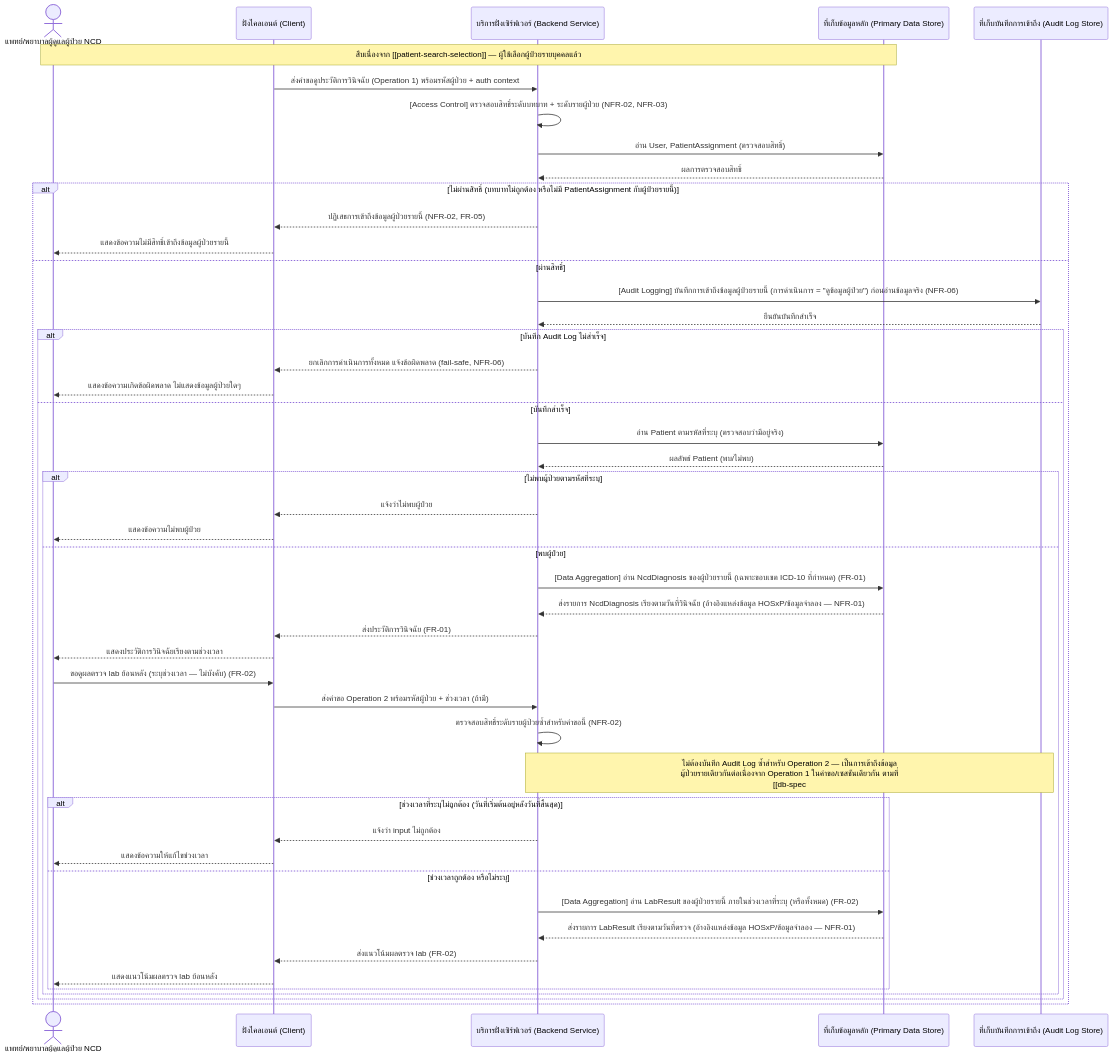
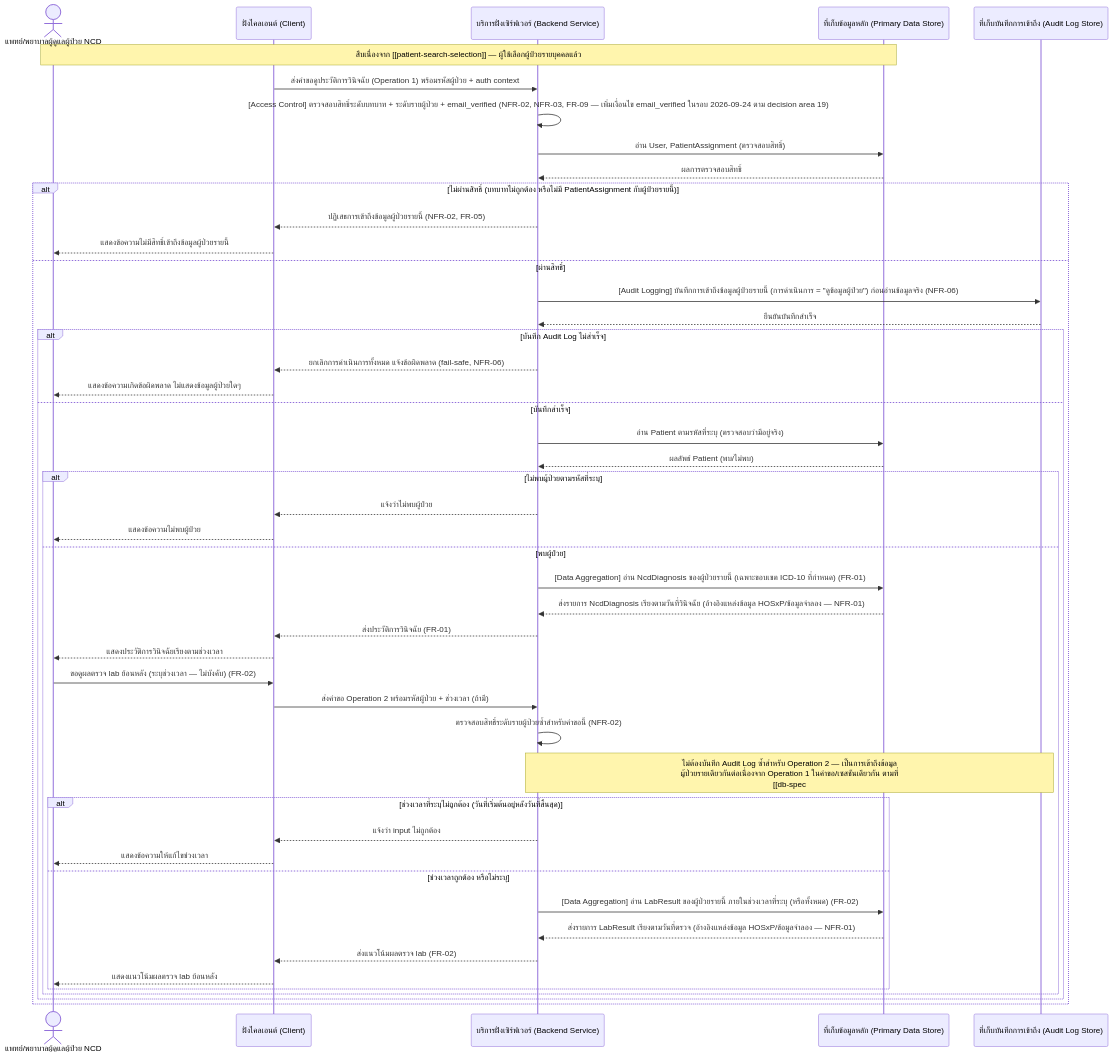
One commit to fadtypat/track-ncds changed the diagram in docs/02-design/02-technical/detailed-design/patient-ncd-diagnosis-lab-history.md. Above: the diagram before and after it, drawn with Mermaid. The commit also changed other lines of this file and 41 other files, not shown here.

````diff
--- a/docs/02-design/02-technical/detailed-design/patient-ncd-diagnosis-lab-history.md
+++ b/docs/02-design/02-technical/detailed-design/patient-ncd-diagnosis-lab-history.md
@@ -40,51 +46,51 @@
 ```mermaid
 sequenceDiagram
     actor User as แพทย์/พยาบาลผู้ดูแลผู้ป่วย NCD
     participant Client as ฝั่งไคลเอนต์ (Client)
     participant Backend as บริการฝั่งเซิร์ฟเวอร์ (Backend Service)
     participant Store as ที่เก็บข้อมูลหลัก (Primary Data Store)
     participant AuditStore as ที่เก็บบันทึกการเข้าถึง (Audit Log Store)
 
     Note over User,Store: สืบเนื่องจาก [[patient-search-selection]] — ผู้ใช้เลือกผู้ป่วยรายบุคคลแล้ว
 
     Client->>Backend: ส่งคำขอดูประวัติการวินิจฉัย (Operation 1) พร้อมรหัสผู้ป่วย + auth context
-    Backend->>Backend: [Access Control] ตรวจสอบสิทธิ์ระดับบทบาท + ระดับรายผู้ป่วย (NFR-02, NFR-03)
+    Backend->>Backend: [Access Control] ตรวจสอบสิทธิ์ระดับบทบาท + ระดับรายผู้ป่วย + email_verified (NFR-02, NFR-03, FR-09 — เพิ่มเงื่อนไข email_verified ในรอบ 2026-09-24 ตาม decision area 19)
     Backend->>Store: อ่าน User, PatientAssignment (ตรวจสอบสิทธิ์)
     Store-->>Backend: ผลการตรวจสอบสิทธิ์
     alt ไม่ผ่านสิทธิ์ (บทบาทไม่ถูกต้อง หรือไม่มี PatientAssignment กับผู้ป่วยรายนี้)
         Backend-->>Client: ปฏิเสธการเข้าถึงข้อมูลผู้ป่วยรายนี้ (NFR-02, FR-05)
         Client-->>User: แสดงข้อความไม่มีสิทธิ์เข้าถึงข้อมูลผู้ป่วยรายนี้
     else ผ่านสิทธิ์
         Backend->>AuditStore: [Audit Logging] บันทึกการเข้าถึงข้อมูลผู้ป่วยรายนี้ (การดำเนินการ = "ดูข้อมูลผู้ป่วย") ก่อนอ่านข้อมูลจริง (NFR-06)
         AuditStore-->>Backend: ยืนยันบันทึกสำเร็จ
         alt บันทึก Audit Log ไม่สำเร็จ
             Backend-->>Client: ยกเลิกการดำเนินการทั้งหมด แจ้งข้อผิดพลาด (fail-safe, NFR-06)
             Client-->>User: แสดงข้อความเกิดข้อผิดพลาด ไม่แสดงข้อมูลผู้ป่วยใดๆ
         else บันทึกสำเร็จ
             Backend->>Store: อ่าน Patient ตามรหัสที่ระบุ (ตรวจสอบว่ามีอยู่จริง)
             Store-->>Backend: ผลลัพธ์ Patient (พบ/ไม่พบ)
             alt ไม่พบผู้ป่วยตามรหัสที่ระบุ
                 Backend-->>Client: แจ้งว่าไม่พบผู้ป่วย
                 Client-->>User: แสดงข้อความไม่พบผู้ป่วย
             else พบผู้ป่วย
                 Backend->>Store: [Data Aggregation] อ่าน NcdDiagnosis ของผู้ป่วยรายนี้ (เฉพาะขอบเขต ICD-10 ที่กำหนด) (FR-01)
                 Store-->>Backend: ส่งรายการ NcdDiagnosis เรียงตามวันที่วินิจฉัย (อ้างอิงแหล่งข้อมูล HOSxP/ข้อมูลจำลอง — NFR-01)
                 Backend-->>Client: ส่งประวัติการวินิจฉัย (FR-01)
                 Client-->>User: แสดงประวัติการวินิจฉัยเรียงตามช่วงเวลา
                 User->>Client: ขอดูผลตรวจ lab ย้อนหลัง (ระบุช่วงเวลา — ไม่บังคับ) (FR-02)
                 Client->>Backend: ส่งคำขอ Operation 2 พร้อมรหัสผู้ป่วย + ช่วงเวลา (ถ้ามี)
                 Backend->>Backend: ตรวจสอบสิทธิ์ระดับรายผู้ป่วยซ้ำสำหรับคำขอนี้ (NFR-02)
                 Note over Backend,AuditStore: ไม่ต้องบันทึก Audit Log ซ้ำสำหรับ Operation 2 — เป็นการเข้าถึงข้อมูล<br/>ผู้ป่วยรายเดียวกันต่อเนื่องจาก Operation 1 ในคำขอ/เซสชันเดียวกัน ตามที่<br/>[[db-spec#บันทึกการเข้าถึงข้อมูล (AuditLogRecord)|db-spec กำหนดไว้ว่าบันทึกครั้งเดียวต่อการเลือกผู้ป่วยหนึ่งราย]]
                 alt ช่วงเวลาที่ระบุไม่ถูกต้อง (วันที่เริ่มต้นอยู่หลังวันที่สิ้นสุด)
                     Backend-->>Client: แจ้งว่า input ไม่ถูกต้อง
                     Client-->>User: แสดงข้อความให้แก้ไขช่วงเวลา
                 else ช่วงเวลาถูกต้อง หรือไม่ระบุ
                     Backend->>Store: [Data Aggregation] อ่าน LabResult ของผู้ป่วยรายนี้ ภายในช่วงเวลาที่ระบุ (หรือทั้งหมด) (FR-02)
                     Store-->>Backend: ส่งรายการ LabResult เรียงตามวันที่ตรวจ (อ้างอิงแหล่งข้อมูล HOSxP/ข้อมูลจำลอง — NFR-01)
                     Backend-->>Client: ส่งแนวโน้มผลตรวจ lab (FR-02)
                     Client-->>User: แสดงแนวโน้มผลตรวจ lab ย้อนหลัง
                 end
             end
         end
     end
 ```
````
